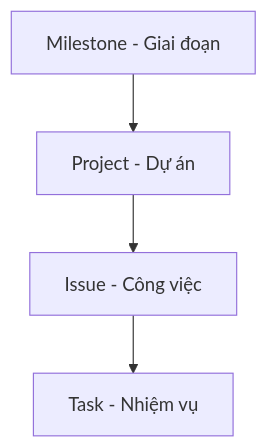
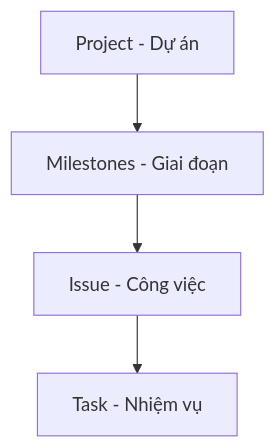
One commit to hoanglong8/FoxAI-Data-Analyst changed the diagram in [FoxAI] Tài liệu hướng dẫn sử dụng GitHub.md. Above: the diagram before and after it, drawn with Mermaid. The commit also changed other lines of this file, not shown here.

````diff
--- a/[FoxAI] Tài liệu hướng dẫn sử dụng GitHub.md
+++ b/[FoxAI] Tài liệu hướng dẫn sử dụng GitHub.md
@@ -88,6 +88,6 @@
 ```mermaid
 graph TD
-  A["Milestone - Giai đoạn"] --> B["Project - Dự án"]
+  A["Project - Dự án"] --> B["Milestones - Giai đoạn"]
   B --> C["Issue - Công việc"]
   C --> D["Task - Nhiệm vụ"]
 ```
````
